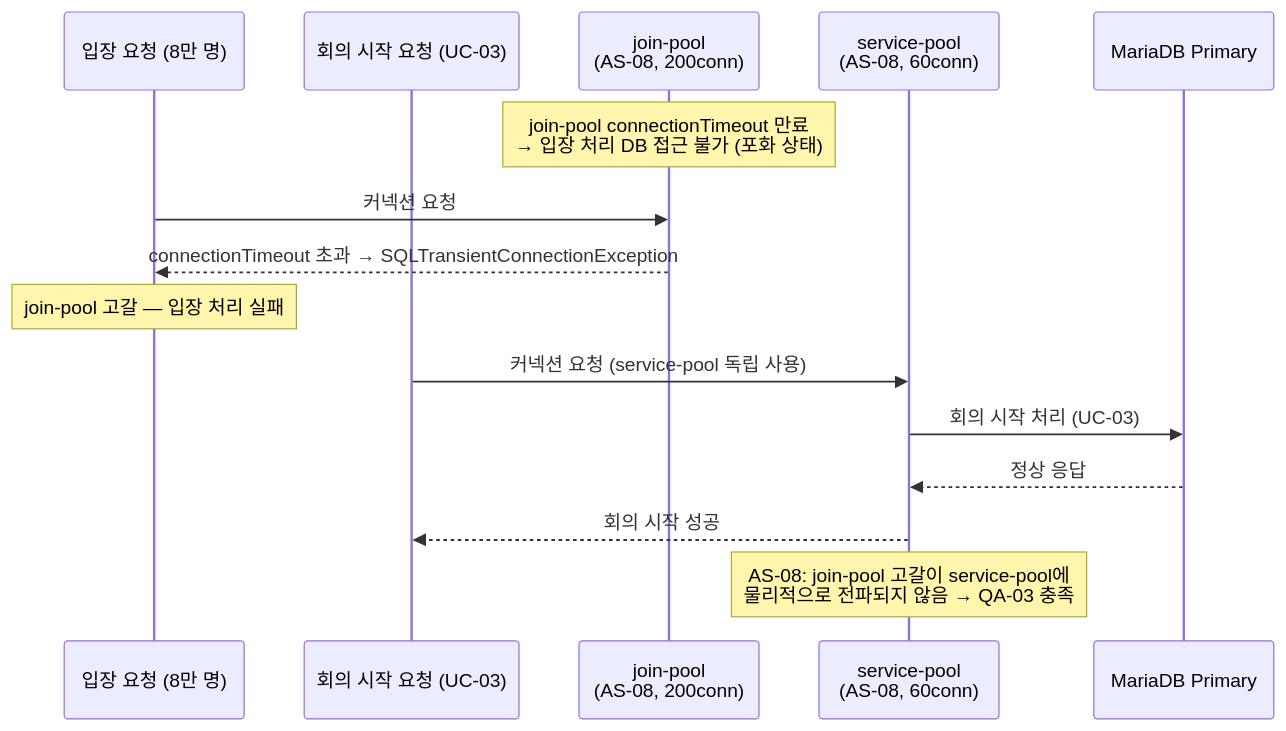
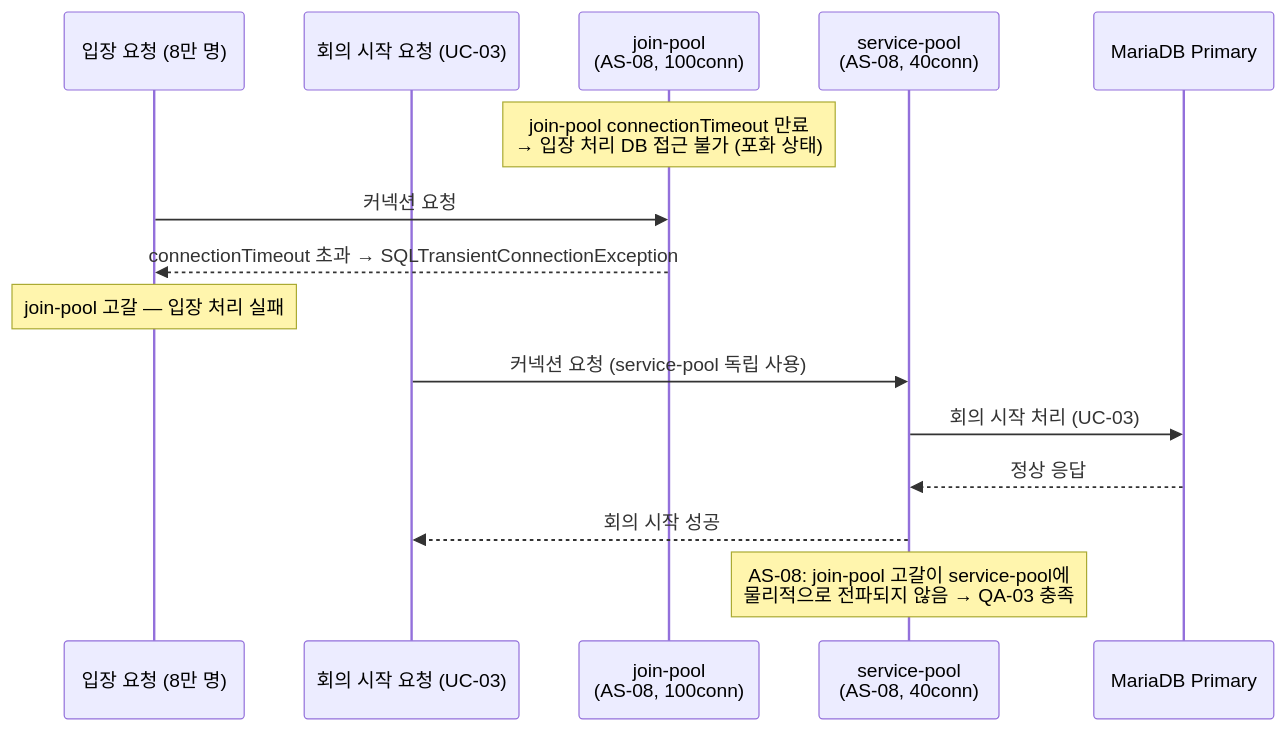
The fourth of 5 diagrams in docs/05-architecture-design/4.2-execution/4.2.1-runtime-view/overview.md (sujinnkim/A_Personal), drawn with Mermaid before and after one commit. The commit also changed 5 other files, not shown here.

````diff
--- a/docs/05-architecture-design/4.2-execution/4.2.1-runtime-view/overview.md
+++ b/docs/05-architecture-design/4.2-execution/4.2.1-runtime-view/overview.md
@@ -154,21 +154,21 @@
 ```mermaid
 sequenceDiagram
     participant C_J as 입장 요청 (8만 명)
     participant C_S as 회의 시작 요청 (UC-03)
-    participant JP as join-pool<br/>(AS-08, 200conn)
-    participant SP as service-pool<br/>(AS-08, 60conn)
+    participant JP as join-pool<br/>(AS-08, 100conn)
+    participant SP as service-pool<br/>(AS-08, 40conn)
     participant DB as MariaDB Primary
 
     Note over JP: join-pool connectionTimeout 만료<br/>→ 입장 처리 DB 접근 불가 (포화 상태)
 
     C_J->>JP: 커넥션 요청
     JP-->>C_J: connectionTimeout 초과 → SQLTransientConnectionException
     Note over C_J: join-pool 고갈 — 입장 처리 실패
 
     C_S->>SP: 커넥션 요청 (service-pool 독립 사용)
     SP->>DB: 회의 시작 처리 (UC-03)
     DB-->>SP: 정상 응답
     SP-->>C_S: 회의 시작 성공
 
     Note over SP: AS-08: join-pool 고갈이 service-pool에<br/>물리적으로 전파되지 않음 → QA-03 충족
 ```
````
